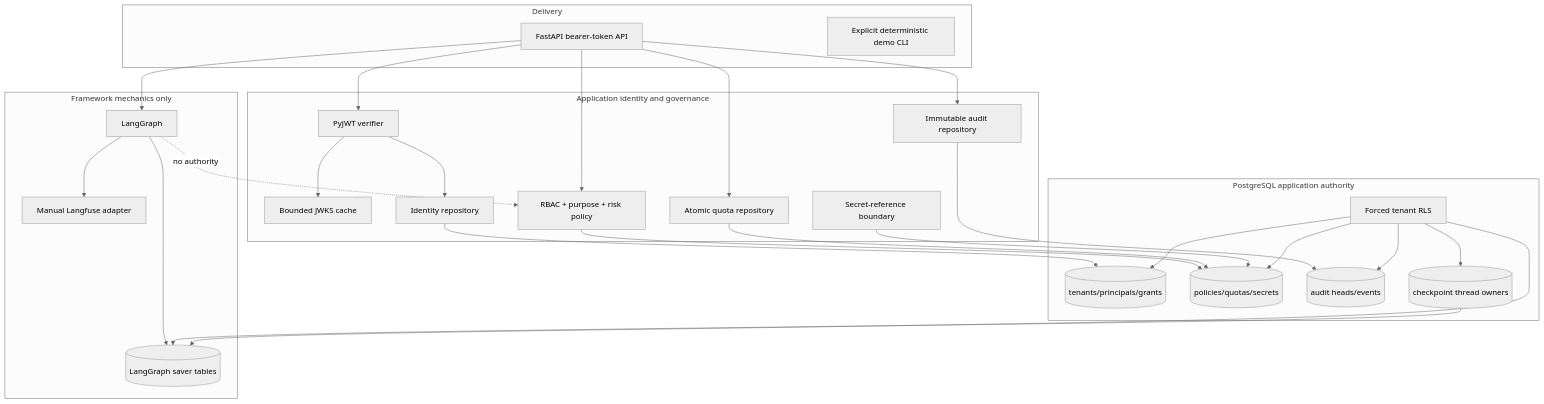
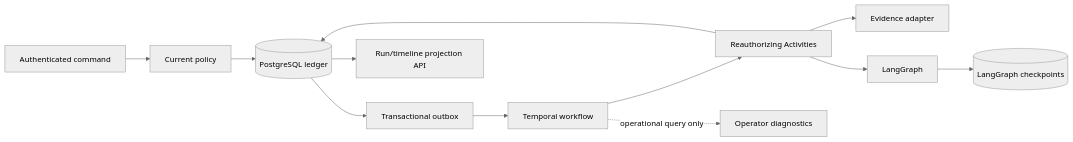
The diagram in docs/architecture.md (mrinmoyece/aegis-framework-platform), drawn with Mermaid (neutral theme) before and after one commit. The commit also changed other lines of this file and 52 other files, not shown here.

````diff
--- a/docs/architecture.md
+++ b/docs/architecture.md
@@ -25,44 +25,14 @@
 ```mermaid
-flowchart TB
-  subgraph Delivery
-    API[FastAPI bearer-token API]
-    CLI[Explicit deterministic demo CLI]
-  end
-  subgraph Identity["Application identity and governance"]
-    JWT[PyJWT verifier]
-    JWKS[Bounded JWKS cache]
-    IDR[Identity repository]
-    RBAC[RBAC + purpose + risk policy]
-    QUOTA[Atomic quota repository]
-    SECRET[Secret-reference boundary]
-    AUDIT[Immutable audit repository]
-  end
-  subgraph Database["PostgreSQL application authority"]
-    RLS[Forced tenant RLS]
-    TEN[(tenants/principals/grants)]
-    POL[(policies/quotas/secrets)]
-    AUD[(audit heads/events)]
-    OWNER[(checkpoint thread owners)]
-  end
-  subgraph Framework["Framework mechanics only"]
-    LG[LangGraph]
-    CP[(LangGraph saver tables)]
-    LF[Manual Langfuse adapter]
-  end
-
-  API --> JWT --> JWKS
-  JWT --> IDR --> TEN
-  API --> RBAC --> POL
-  API --> QUOTA --> POL
-  API --> LG --> CP
-  LG -. no authority .-> RBAC
-  OWNER --> CP
-  API --> AUDIT --> AUD
-  SECRET --> POL
-  RLS --> TEN
-  RLS --> POL
-  RLS --> AUD
-  RLS --> OWNER
-  RLS --> CP
-  LG --> LF
+flowchart LR
+  C[Authenticated command] --> P[Current policy]
+  P --> L[(PostgreSQL ledger)]
+  L --> O[Transactional outbox]
+  O --> T[Temporal workflow]
+  T --> A[Reauthorizing Activities]
+  A --> E[Evidence adapter]
+  A --> G[LangGraph]
+  G --> CPG[(LangGraph checkpoints)]
+  A --> L
+  L --> R[Run/timeline projection API]
+  T -. operational query only .-> OPS[Operator diagnostics]
 ```
````
